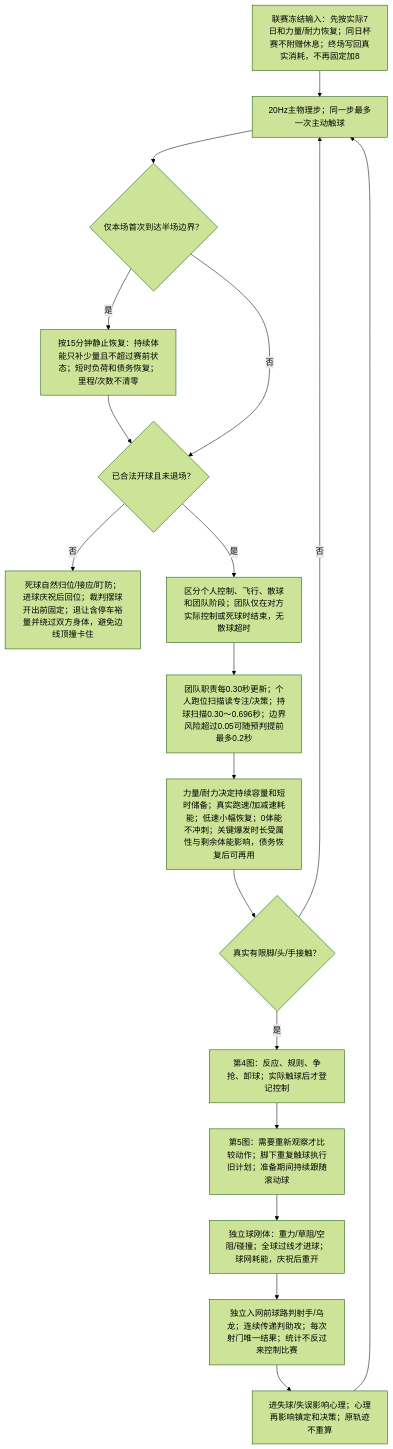
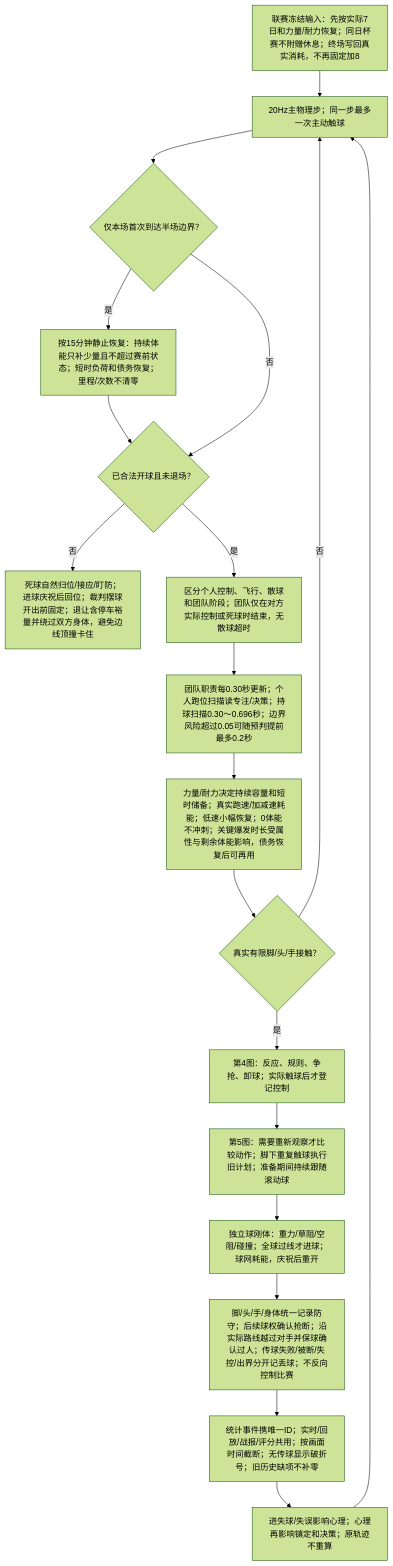
One commit to sixu3575/touchline-manager changed the first of 7 diagrams in packages/shared/modules/matches/design/PLAYER_DECISION_MAP.md. Above: the diagram before and after it, drawn with Mermaid (forest theme). The commit also changed other lines of this file and 38 other files, not shown here.

````diff
--- a/packages/shared/modules/matches/design/PLAYER_DECISION_MAP.md
+++ b/packages/shared/modules/matches/design/PLAYER_DECISION_MAP.md
@@ -11,20 +11,21 @@
 ```mermaid
 flowchart TD
   OW["联赛冻结输入：先按实际7日和力量/耐力恢复；同日杯赛不附赠休息；终场写回真实消耗，不再固定加8"] --> O0["20Hz主物理步；同一步最多一次主动触球"]
   O0 --> OH{"仅本场首次到达半场边界？"}
   OH -->|是| OH1["按15分钟静止恢复：持续体能只补少量且不超过赛前状态；短时负荷和债务恢复；里程/次数不清零"]
   OH1 --> O1{"已合法开球且未退场？"}
   OH -->|否| O1
   O1 -->|否| O2["死球自然归位/接应/盯防；进球庆祝后回位；裁判摆球开出前固定；退让含停车裕量并绕过双方身体，避免边线顶撞卡住"]
   O1 -->|是| O3["区分个人控制、飞行、散球和团队阶段；团队仅在对方实际控制或死球时结束，无散球超时"]
   O3 --> O4["团队职责每0.30秒更新；个人跑位扫描读专注/决策；持球扫描0.30～0.696秒；边界风险超过0.05可随预判提前最多0.2秒"]
   O4 --> O5["力量/耐力决定持续容量和短时储备；真实跑速/加减速耗能；低速小幅恢复；0体能不冲刺；关键爆发时长受属性与剩余体能影响，债务恢复后可再用"]
   O5 --> O6{"真实有限脚/头/手接触？"}
   O6 -->|否| O0
   O6 -->|是| O7["第4图：反应、规则、争抢、卸球；实际触球后才登记控制"]
   O7 --> O8["第5图：需要重新观察才比较动作；脚下重复触球执行旧计划；准备期间持续跟随滚动球"]
   O8 --> O9["独立球刚体：重力/草阻/空阻/碰撞；全球过线才进球；球网耗能，庆祝后重开"]
-  O9 --> OS["独立入网前球路判射手/乌龙；连续传递判助攻；每次射门唯一结果；统计不反过来控制比赛"]
-  OS --> OM["进失球/失误影响心理；心理再影响镇定和决策；原轨迹不重算"]
+  O9 --> OS["脚/头/手/身体统一记录防守；后续球权确认抢断；沿实际路线越过对手并保球确认过人；传球失败/被断/失控/出界分开记丢球；不反向控制比赛"]
+  OS --> OSC["统计事件携唯一ID；实时/回放/战报/评分共用；按画面时间截断；无传球显示破折号；旧历史缺项不补零"]
+  OSC --> OM["进失球/失误影响心理；心理再影响镇定和决策；原轨迹不重算"]
   OM --> O0
 ```
````
